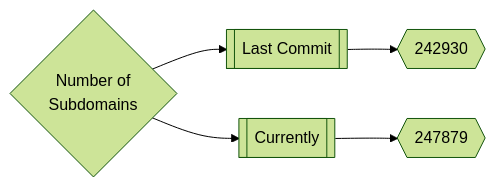
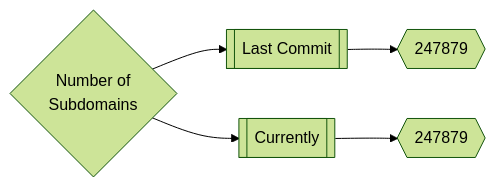
One commit to trickest/inventory changed the first of 3 diagrams in README.md. Above: the diagram before and after it, drawn with Mermaid (forest theme).

Commit message:
Update Thu Mar 10 19:36:36 UTC 2022

````diff
--- a/README.md
+++ b/README.md
@@ -165,5 +165,5 @@
 ```mermaid
 graph LR
-title{Number of<br>Subdomains} --> subdomainsDate1[[Last Commit]] --> subdomainsNum1{{242930}}
+title{Number of<br>Subdomains} --> subdomainsDate1[[Last Commit]] --> subdomainsNum1{{247879}}
 title --> subdomainsDate2[[Currently]] --> subdomainsNum2{{247879}}
 ```
````
